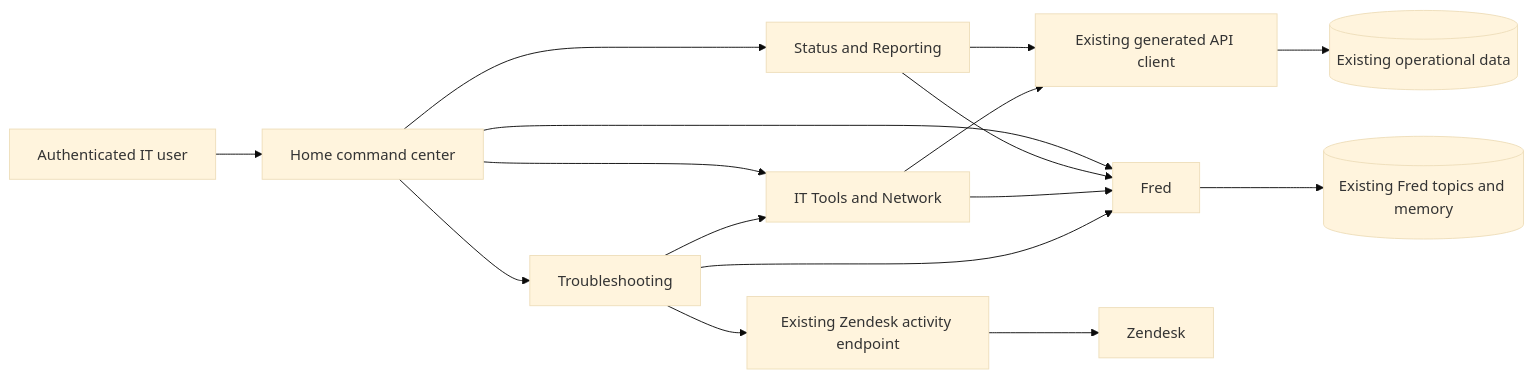
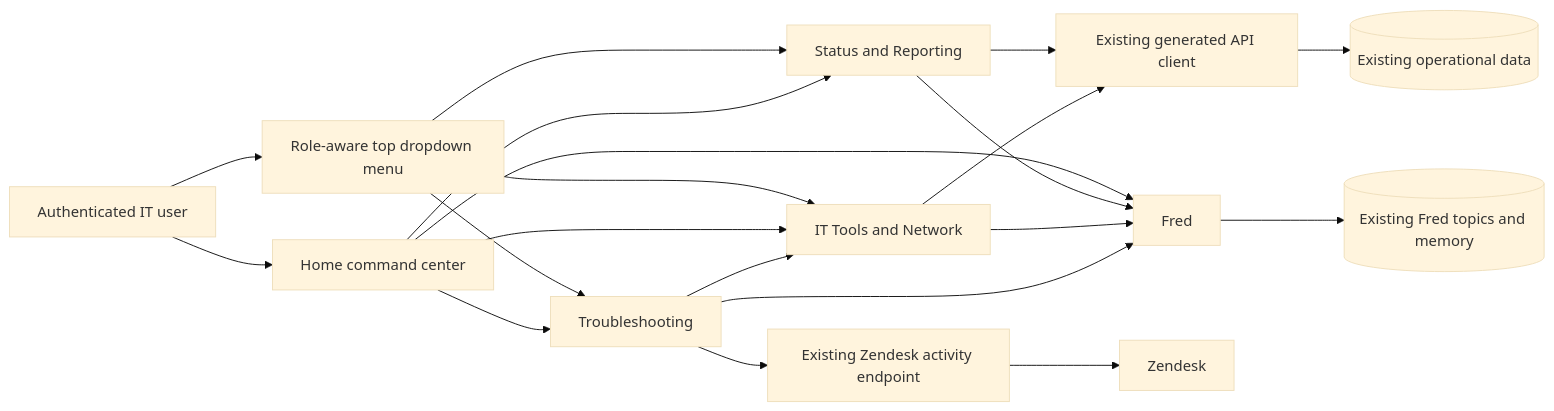
Before and after one commit to OlderschCoder/Network-Insight-Hub: the diagram in docs/portal-ui-architecture.mmd, drawn with Mermaid (base theme). The commit also changed 12 other files, not shown here.

First line of the commit message:
Move category navigation to the top menu

```diff
--- a/docs/portal-ui-architecture.mmd
+++ b/docs/portal-ui-architecture.mmd
@@ -1,16 +1,20 @@
 flowchart LR
   U[Authenticated IT user] --> H[Home command center]
+  U --> M[Role-aware top dropdown menu]
+  M --> S
+  M --> N
+  M --> T
   H --> S[Status and Reporting]
   H --> N[IT Tools and Network]
   H --> T[Troubleshooting]
   S --> API[Existing generated API client]
   N --> API
   T --> Z[Existing Zendesk activity endpoint]
   T --> N
   H --> F[Fred]
   S --> F
   N --> F
   T --> F
   API --> DB[(Existing operational data)]
   Z --> ZE[Zendesk]
   F --> FM[(Existing Fred topics and memory)]
```
